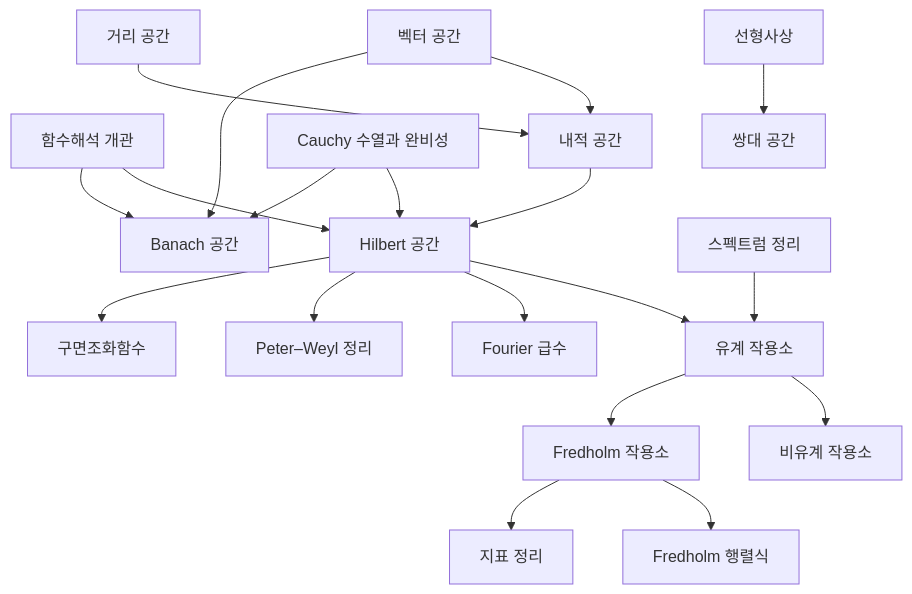
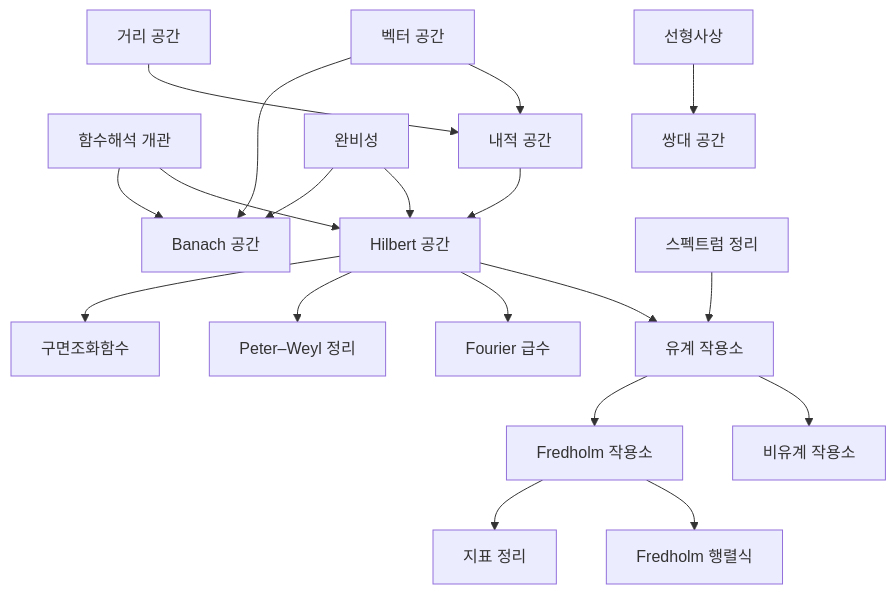
Before and after one commit to Phryxia/math-map: the diagram in docs/functional-analysis-overview.md, drawn with Mermaid. The commit also changed 8 other files, not shown here.

````diff
--- a/docs/functional-analysis-overview.md
+++ b/docs/functional-analysis-overview.md
@@ -15,21 +15,21 @@
 ```mermaid
 graph TD
   FAO["함수해석 개관"] --> HS["Hilbert 공간"]
   FAO --> BS["Banach 공간"]
   VS["벡터 공간"] --> IPS["내적 공간"]
   MS["거리 공간"] --> IPS
-  COMP["Cauchy 수열과 완비성"] --> HS
+  COMP["완비성"] --> HS
   IPS --> HS
   COMP --> BS
   VS --> BS
   LM["선형사상"] --> DS["쌍대 공간"]
   HS --> BO["유계 작용소"]
   ST["스펙트럼 정리"] --> BO
   BO --> UBO["비유계 작용소"]
   BO --> FO["Fredholm 작용소"]
   FO --> FD["Fredholm 행렬식"]
   FO --> IT["지표 정리"]
   HS --> FS["Fourier 급수"]
   HS --> PW["Peter–Weyl 정리"]
   HS --> SH["구면조화함수"]
 ```
````
